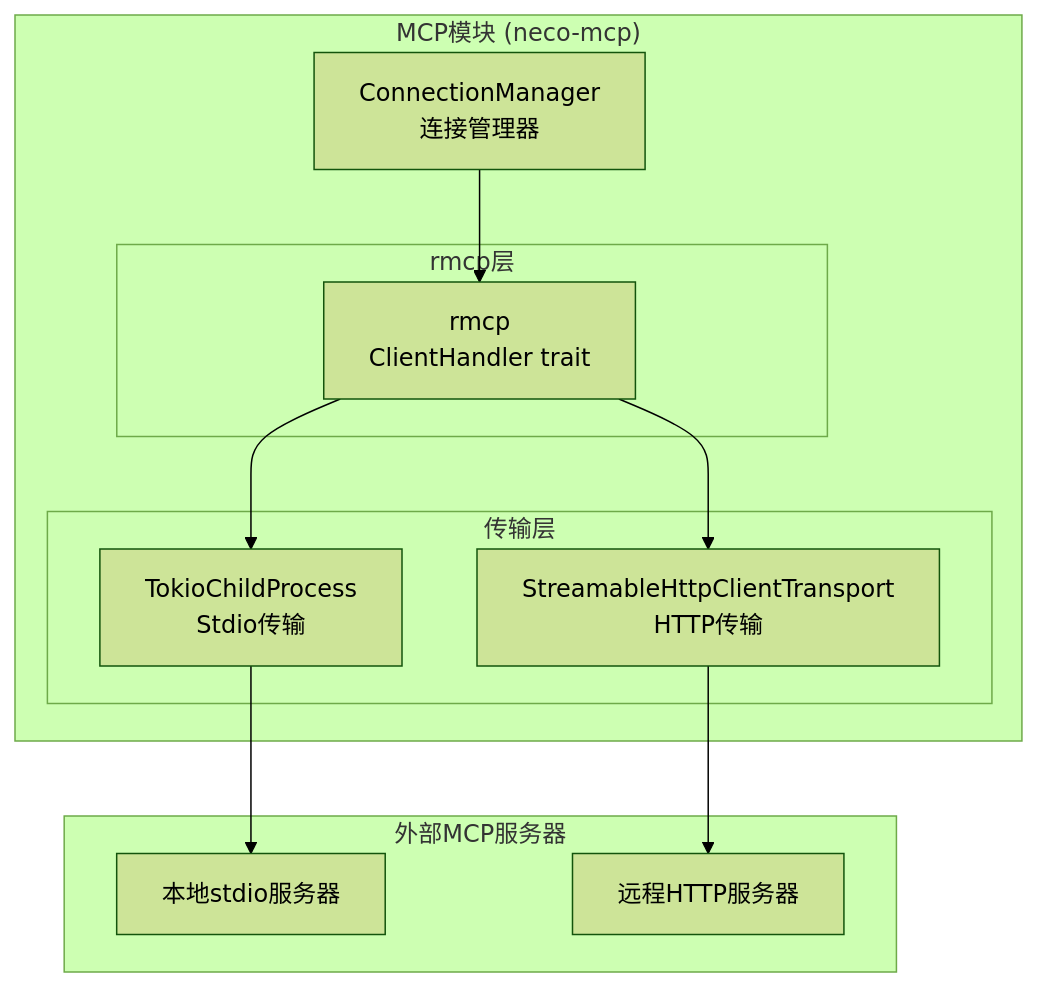
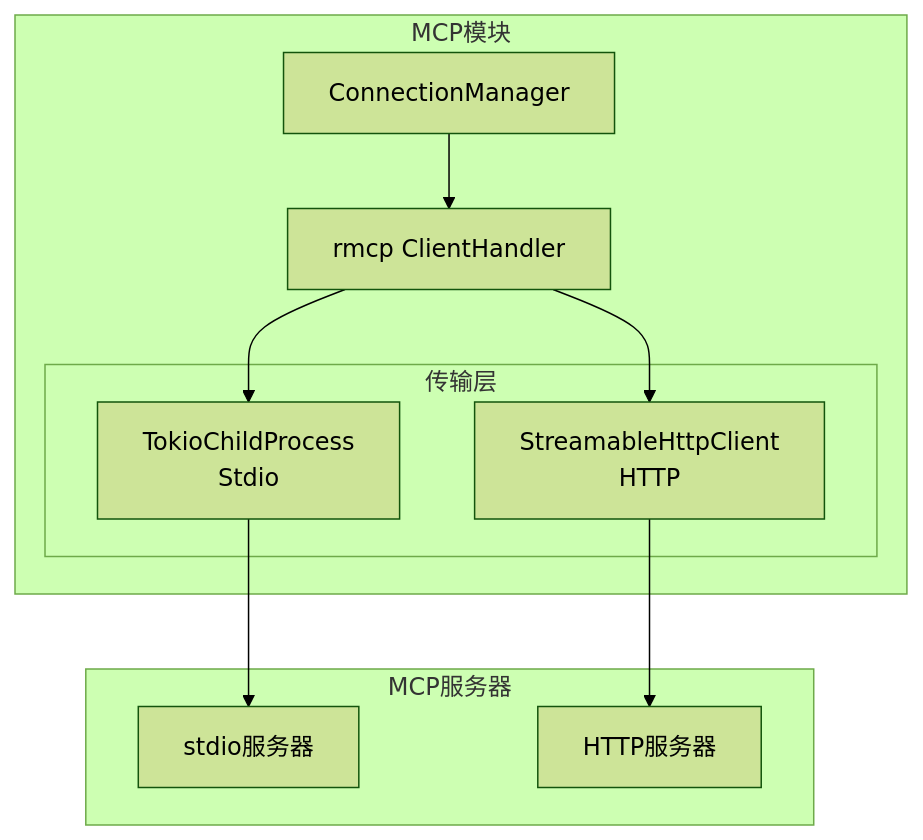
The first of 2 diagrams in progress/TECH-MCP.md (MiyakoMeow/neco), drawn with Mermaid (forest theme) before and after one commit. The commit also changed other lines of this file and 11 other files, not shown here.

````diff
--- a/progress/TECH-MCP.md
+++ b/progress/TECH-MCP.md
@@ -15,28 +18,24 @@
 ```mermaid
 graph TB
-    subgraph "MCP模块 (neco-mcp)"
-        CM[ConnectionManager
-            连接管理器]
-        
-        subgraph "rmcp层"
-            RM[rmcp<br/>ClientHandler trait]
-        end
+    subgraph "MCP模块"
+        CM[ConnectionManager]
+        RM[rmcp ClientHandler]
         
         subgraph "传输层"
-            ST[TokioChildProcess<br/>Stdio传输]
-            HT[StreamableHttpClientTransport<br/>HTTP传输]
+            ST[TokioChildProcess<br/>Stdio]
+            HT[StreamableHttpClient<br/>HTTP]
         end
     end
     
-    subgraph "外部MCP服务器"
-        MS1[本地stdio服务器]
-        MS2[远程HTTP服务器]
+    subgraph "MCP服务器"
+        MS1[stdio服务器]
+        MS2[HTTP服务器]
     end
     
     CM --> RM
     RM --> ST
     RM --> HT
     
     ST --> MS1
     HT --> MS2
 ```
````
